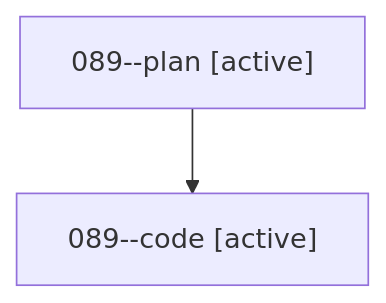
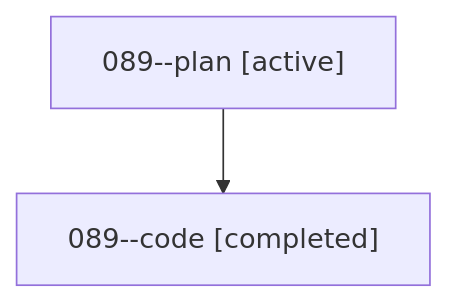
Before and after one commit to sase-org/sase--agents: the diagram in families/bbugyi200.athena.089.md, drawn with Mermaid. The commit also changed other lines of this file and 35830 other files, not shown here.

````diff
--- a/families/bbugyi200.athena.089.md
+++ b/families/bbugyi200.athena.089.md
@@ -9,6 +9,6 @@
 ```mermaid
 flowchart TD
   n0["089--plan [active]"]
-  n1["089--code [active]"]
+  n1["089--code [completed]"]
   n0 --> n1
 ```
````
